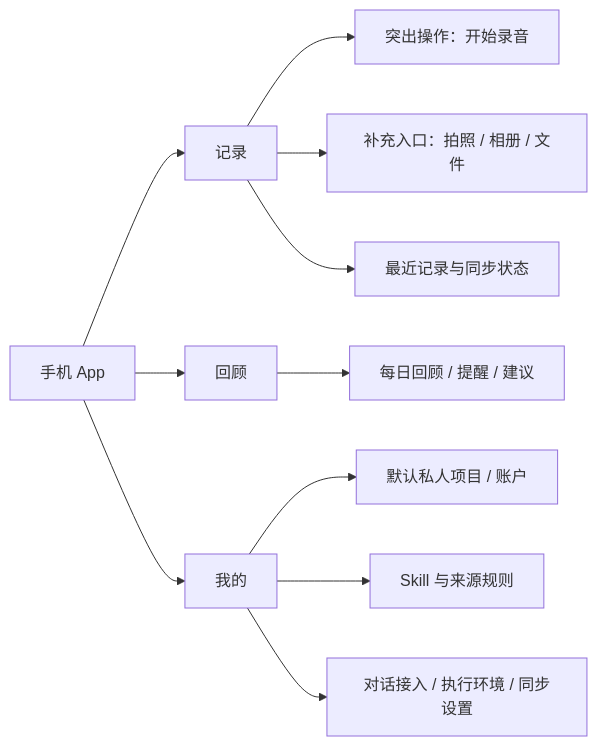
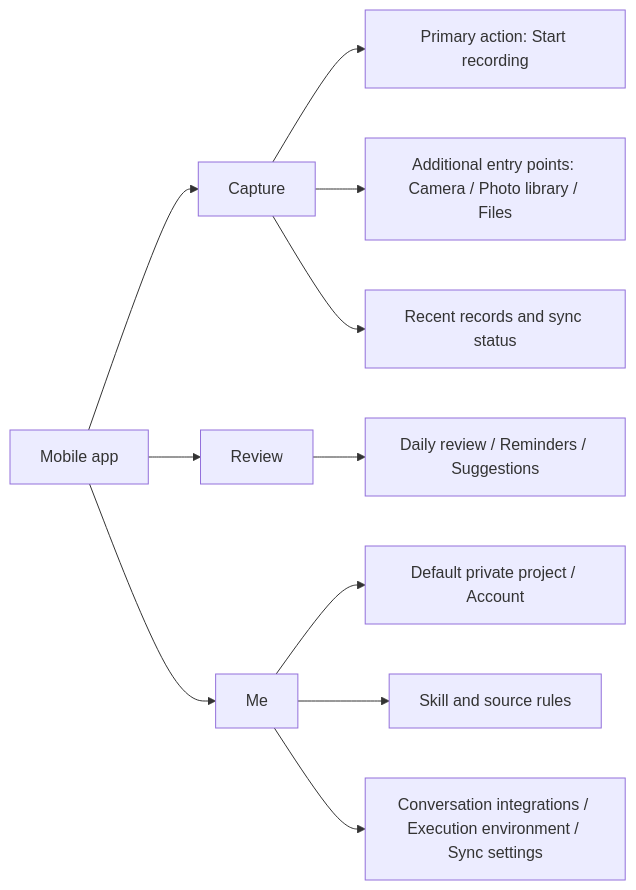
One commit to flyfy1/event-driven-context changed the second of 3 diagrams in docs/mobile-capture-ux.md. Above: the diagram before and after it, drawn with Mermaid. The commit also changed other lines of this file and 13 other files, not shown here.

```diff
--- a/docs/mobile-capture-ux.md
+++ b/docs/mobile-capture-ux.md
@@ -37,13 +39,13 @@
 ~~~mermaid
 flowchart LR
-    A["手机 App"] --> B["记录"]
-    A --> C["回顾"]
-    A --> D["我的"]
-    B --> B1["突出操作：开始录音"]
-    B --> B2["补充入口：拍照 / 相册 / 文件"]
-    B --> B3["最近记录与同步状态"]
-    C --> C1["每日回顾 / 提醒 / 建议"]
-    D --> D1["默认私人项目 / 账户"]
-    D --> D2["Skill 与来源规则"]
-    D --> D3["对话接入 / 执行环境 / 同步设置"]
+    A["Mobile app"] --> B["Capture"]
+    A --> C["Review"]
+    A --> D["Me"]
+    B --> B1["Primary action: Start recording"]
+    B --> B2["Additional entry points: Camera / Photo library / Files"]
+    B --> B3["Recent records and sync status"]
+    C --> C1["Daily review / Reminders / Suggestions"]
+    D --> D1["Default private project / Account"]
+    D --> D2["Skill and source rules"]
+    D --> D3["Conversation integrations / Execution environment / Sync settings"]
 ~~~
```
